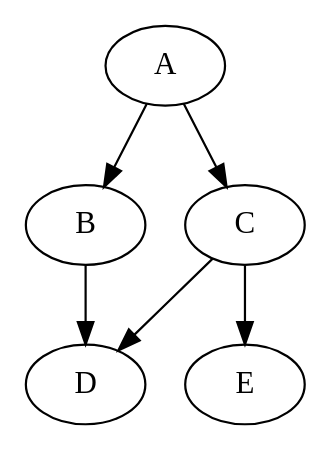
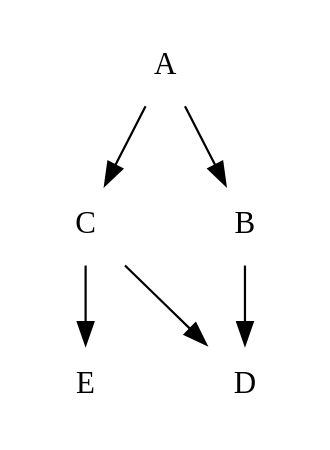
One commit to RenatoGeh/mac0215 changed the diagram in doc/reports/week5/trees/t1.dot. Above: the diagram before and after it, drawn with Graphviz. The commit also changed 8 other files, not shown here.

```diff
--- a/doc/reports/week5/trees/t1.dot
+++ b/doc/reports/week5/trees/t1.dot
@@ -1,5 +1,12 @@
 digraph{
+  mindist=0.2 
+  node[shape=plaintext, pin=true]
+  E
+  D
+  C
+  B
+  A
   A -> B -> D
   A -> C -> E
   C -> D
 }
```
